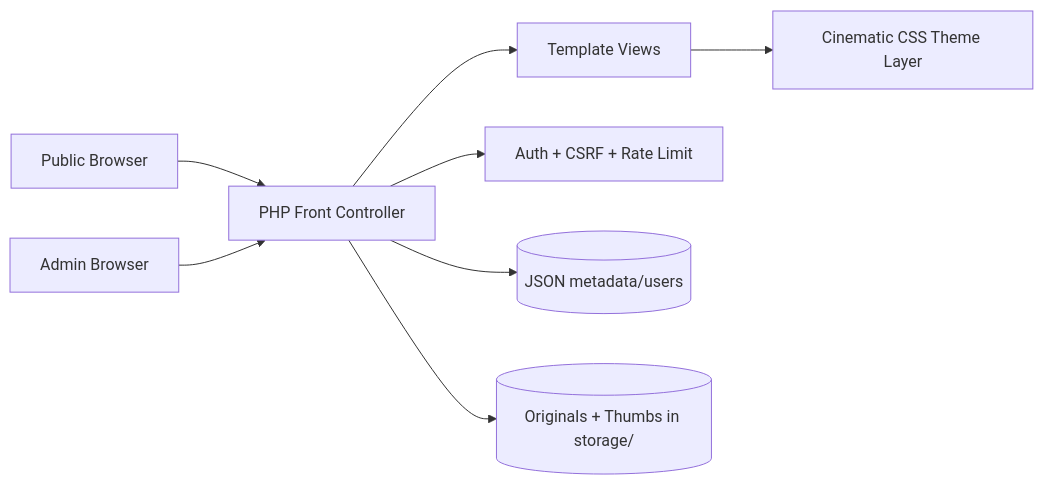
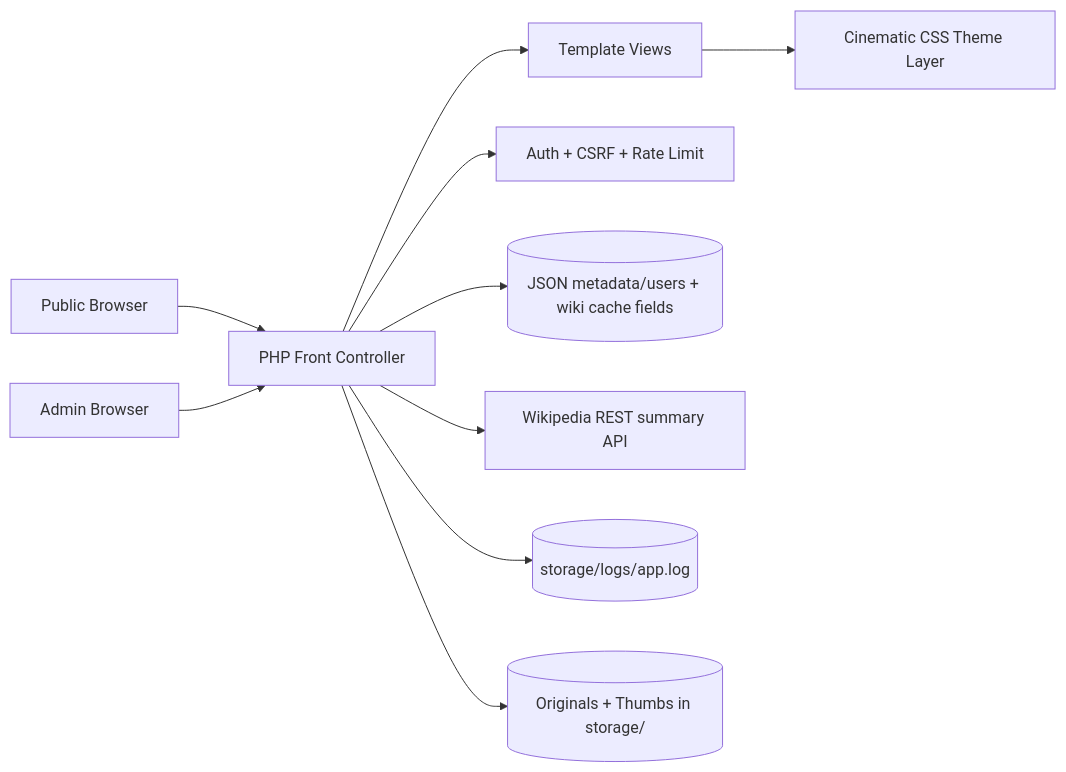
The third of 3 diagrams in README.md (smeird/images), drawn with Mermaid before and after one commit. The commit also changed other lines of this file and 5 other files, not shown here.

First line of the commit message:
Add Wikipedia cache fields with lazy stale refresh

````diff
--- a/README.md
+++ b/README.md
@@ -134,10 +141,12 @@
 ```mermaid
 graph LR
   U[Public Browser] --> APP[PHP Front Controller]
   A[Admin Browser] --> APP
   APP --> VIEWS[Template Views]
   VIEWS --> THEME[Cinematic CSS Theme Layer]
   APP --> SEC[Auth + CSRF + Rate Limit]
-  APP --> DATA[(JSON metadata/users)]
+  APP --> DATA[(JSON metadata/users + wiki cache fields)]
+  APP --> WIKI[Wikipedia REST summary API]
+  APP --> LOGS[(storage/logs/app.log)]
   APP --> IMG[(Originals + Thumbs in storage/)]
 ```
````
